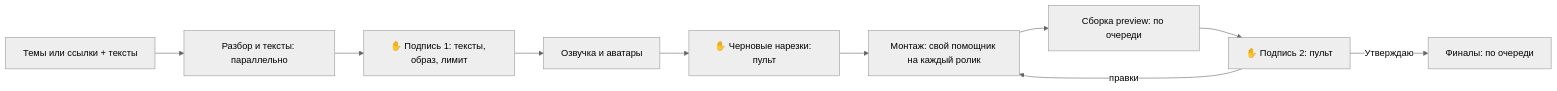
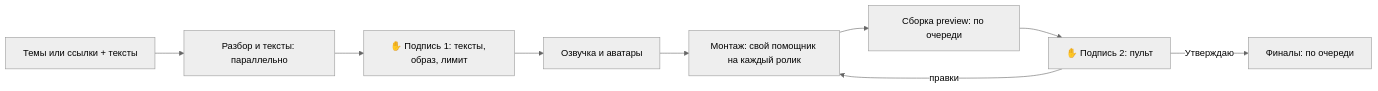
One commit to mcdenil-skills/AutoMontage-Agent changed the diagram in docs/reels-guide/08-batch.md. Above: the diagram before and after it, drawn with Mermaid (neutral theme). The commit also changed other lines of this file and 23 other files, not shown here.

````diff
--- a/docs/reels-guide/08-batch.md
+++ b/docs/reels-guide/08-batch.md
@@ -37,12 +37,11 @@
 ```mermaid
 flowchart LR
   A["Темы или ссылки + тексты"] --> B["Разбор и тексты: параллельно"]
   B --> T1["✋ Подпись 1: тексты, образ, лимит"]
   T1 --> C["Озвучка и аватары"]
-  C --> R["✋ Черновые нарезки: пульт"]
-  R --> D["Монтаж: свой помощник на каждый ролик"]
+  C --> D["Монтаж: свой помощник на каждый ролик"]
   D --> E["Сборка preview: по очереди"]
   E --> T2["✋ Подпись 2: пульт"]
   T2 -->|правки| D
   T2 -->|Утверждаю| F["Финалы: по очереди"]
 ```
````
